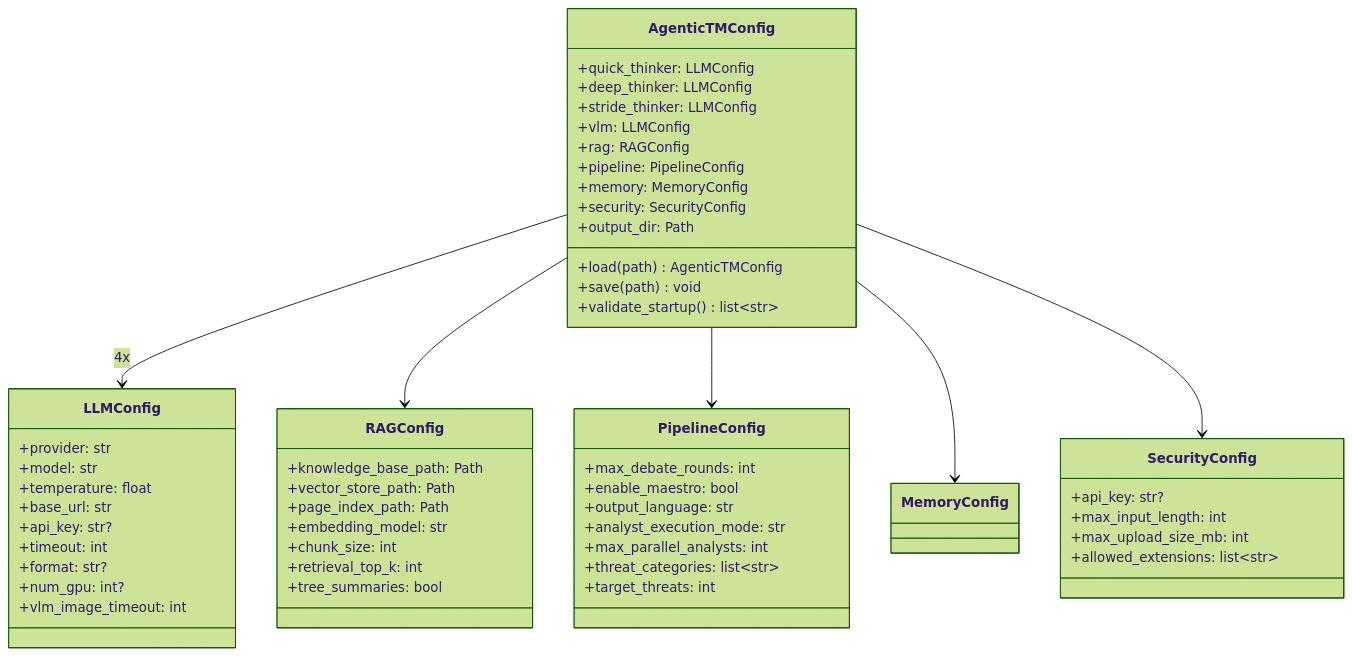
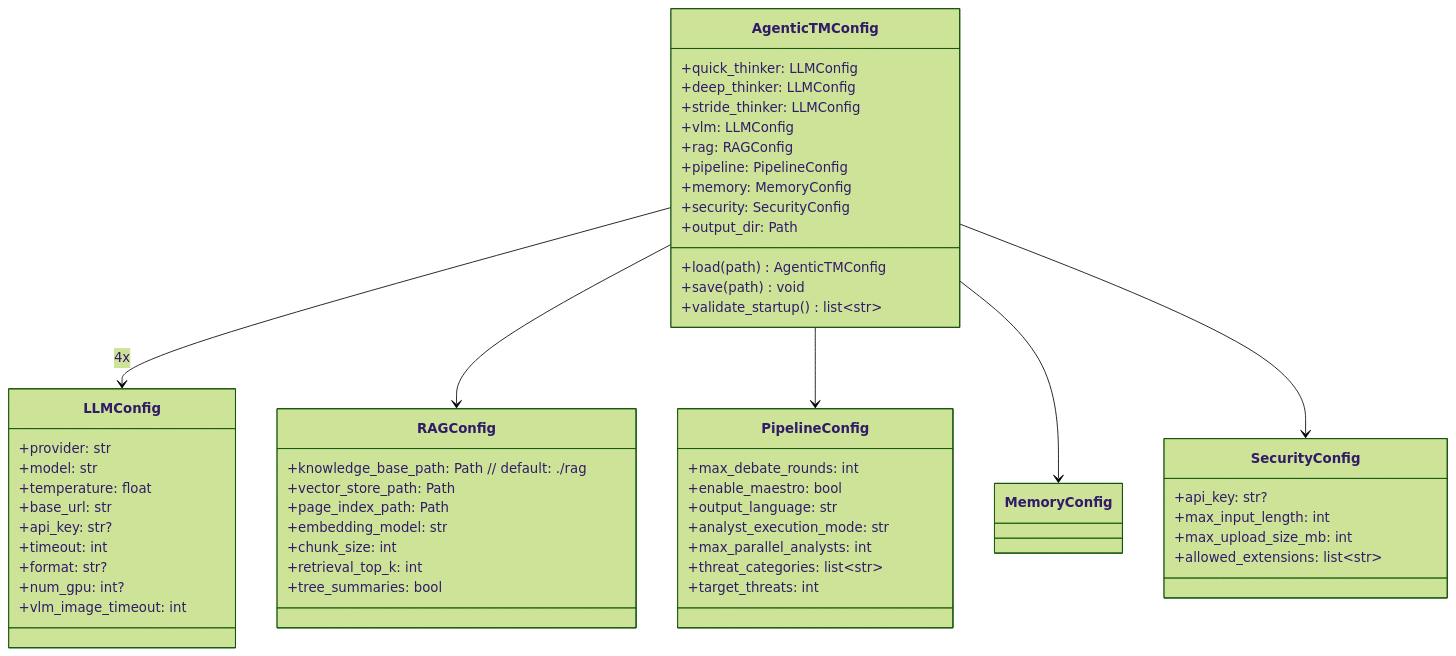
One commit to philocyber/agent-threat-modeler changed the second of 3 diagrams in docs/08_configuracion.md. Above: the diagram before and after it, drawn with Mermaid (forest theme). The commit also changed other lines of this file and 115 other files, not shown here.

````diff
--- a/docs/08_configuracion.md
+++ b/docs/08_configuracion.md
@@ -262,62 +262,62 @@
 ```mermaid
 classDiagram
     class AgenticTMConfig {
         +quick_thinker: LLMConfig
         +deep_thinker: LLMConfig
         +stride_thinker: LLMConfig
         +vlm: LLMConfig
         +rag: RAGConfig
         +pipeline: PipelineConfig
         +memory: MemoryConfig
         +security: SecurityConfig
         +output_dir: Path
         +load(path) AgenticTMConfig
         +save(path) void
         +validate_startup() list~str~
     }
 
     class LLMConfig {
         +provider: str
         +model: str
         +temperature: float
         +base_url: str
         +api_key: str?
         +timeout: int
         +format: str?
         +num_gpu: int?
         +vlm_image_timeout: int
     }
 
     class RAGConfig {
-        +knowledge_base_path: Path
+        +knowledge_base_path: Path   // default: ./rag
         +vector_store_path: Path
         +page_index_path: Path
         +embedding_model: str
         +chunk_size: int
         +retrieval_top_k: int
         +tree_summaries: bool
     }
 
     class PipelineConfig {
         +max_debate_rounds: int
         +enable_maestro: bool
         +output_language: str
         +analyst_execution_mode: str
         +max_parallel_analysts: int
         +threat_categories: list~str~
         +target_threats: int
     }
 
     class SecurityConfig {
         +api_key: str?
         +max_input_length: int
         +max_upload_size_mb: int
         +allowed_extensions: list~str~
     }
 
     AgenticTMConfig --> LLMConfig : 4x
     AgenticTMConfig --> RAGConfig
     AgenticTMConfig --> PipelineConfig
     AgenticTMConfig --> MemoryConfig
     AgenticTMConfig --> SecurityConfig
 ```
````
